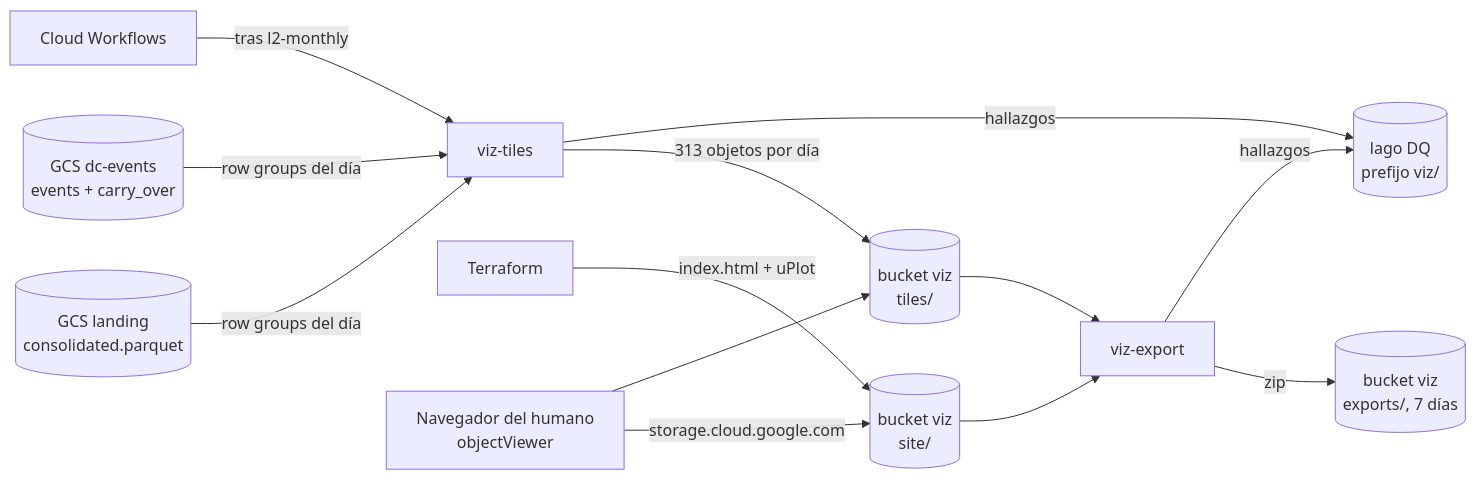
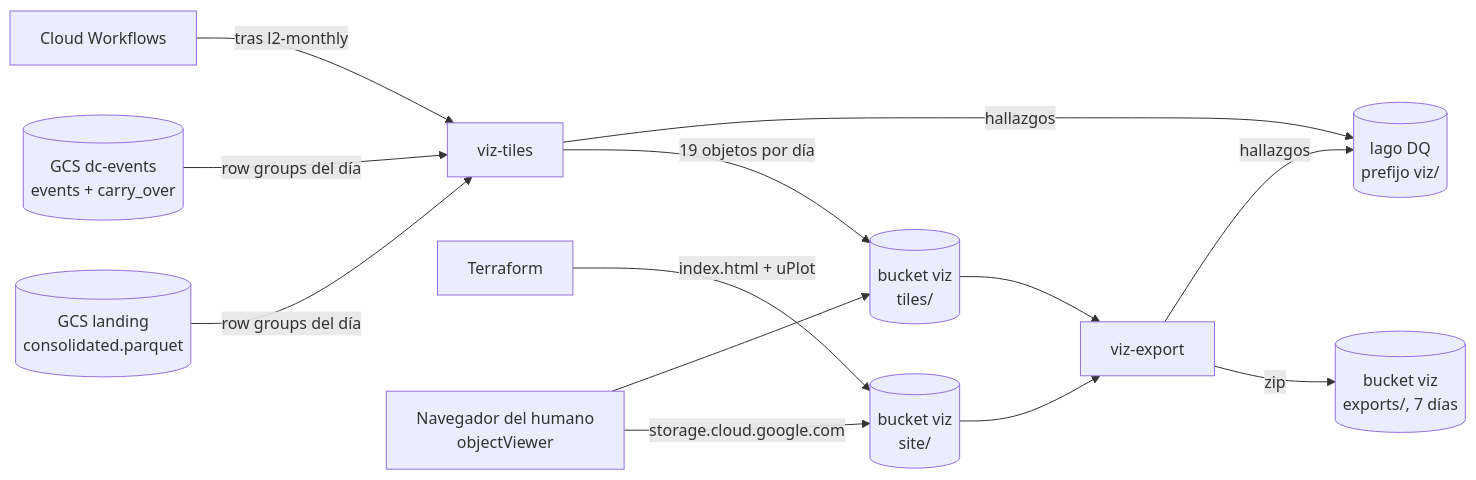
Before and after one commit to byroncz/intrinsica: the diagram in docs/TRD/viz.md, drawn with Mermaid. The commit also changed other lines of this file and 1 other file, not shown here.

First line of the commit message:
fix(ITSC-304): C1 precio y tiempo como enteros exactos y dirección empaquetada por nivel

````diff
--- a/docs/TRD/viz.md
+++ b/docs/TRD/viz.md
@@ -543,15 +551,15 @@
 ```mermaid
 flowchart LR
     L1[(GCS landing<br/>consolidated.parquet)] -->|row groups del día| TL[viz-tiles]
     L2[(GCS dc-events<br/>events + carry_over)] -->|row groups del día| TL
-    TL -->|313 objetos por día| T[(bucket viz<br/>tiles/)]
+    TL -->|19 objetos por día| T[(bucket viz<br/>tiles/)]
     TL -->|hallazgos| DQ[(lago DQ<br/>prefijo viz/)]
     WF[Cloud Workflows] -->|tras l2-monthly| TL
     TF[Terraform] -->|index.html + uPlot| S[(bucket viz<br/>site/)]
     T --> EX[viz-export]
     S --> EX
     EX -->|zip| X[(bucket viz<br/>exports/, 7 días)]
     EX -->|hallazgos| DQ
     U[Navegador del humano<br/>objectViewer] -->|storage.cloud.google.com| S
     U --> T
 ```
````
